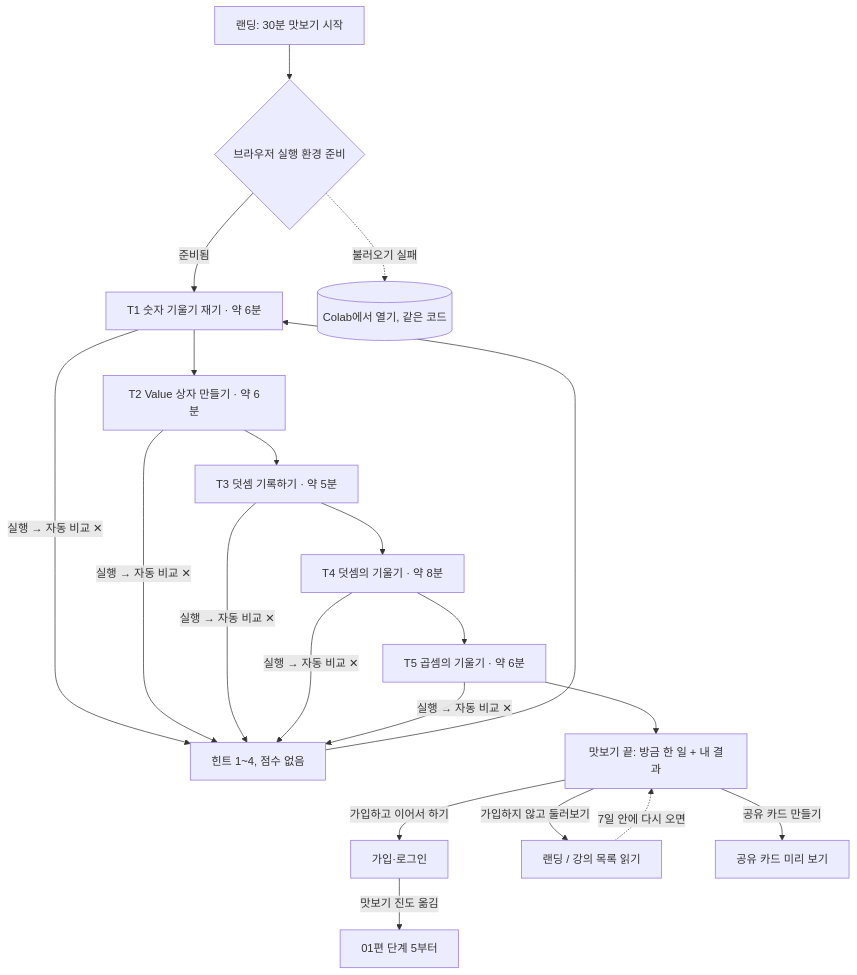
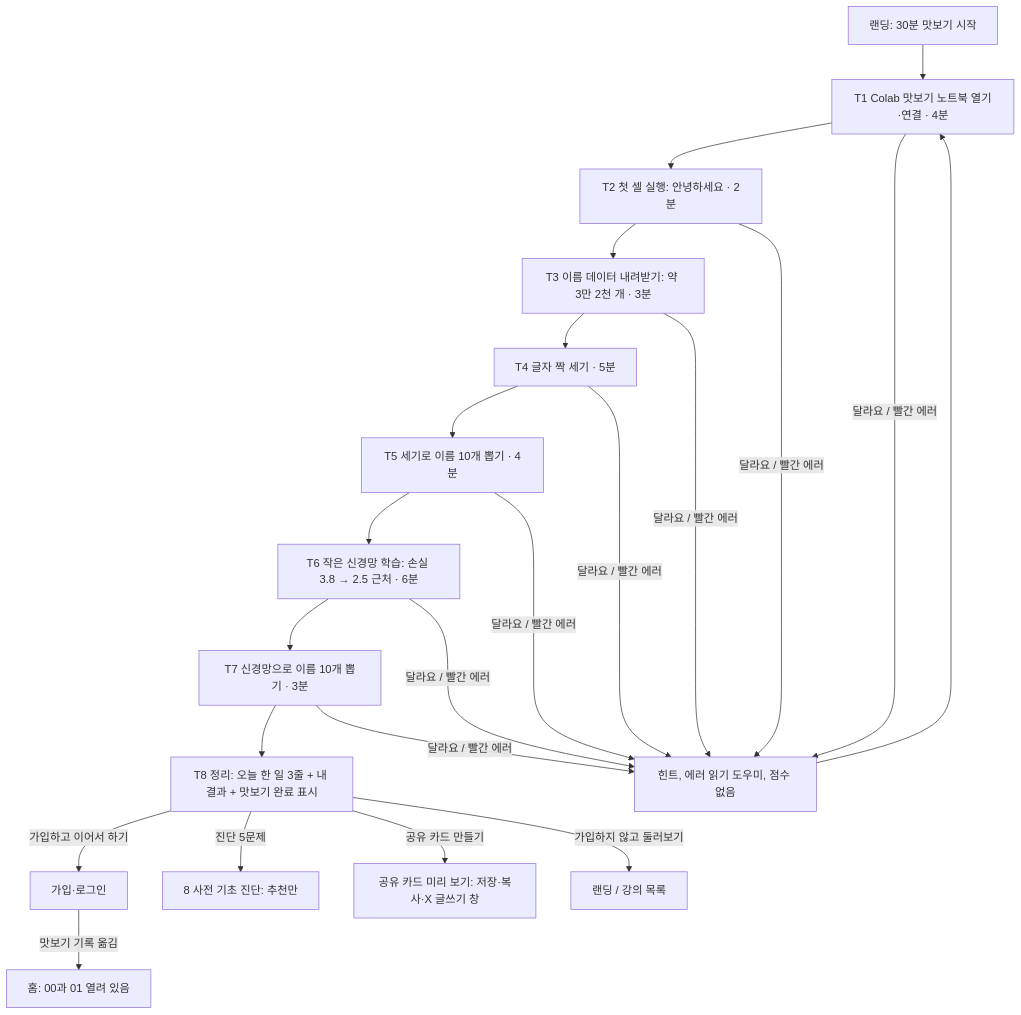
The second of 5 diagrams in inputs/design/flow.md (blazethrottle/z2h-ko), drawn with Mermaid before and after one commit. The commit also changed other lines of this file and 94 other files, not shown here.

````diff
--- a/inputs/design/flow.md
+++ b/inputs/design/flow.md
@@ -122,18 +126,18 @@
 ```mermaid
 flowchart TD
-    L[랜딩: 30분 맛보기 시작] --> RT{브라우저 실행 환경 준비}
-    RT -- 준비됨 --> T1[T1 숫자 기울기 재기 · 약 6분]
-    RT -. 불러오기 실패 .-> CO[(Colab에서 열기, 같은 코드)]
-    T1 --> T2[T2 Value 상자 만들기 · 약 6분]
-    T2 --> T3[T3 덧셈 기록하기 · 약 5분]
-    T3 --> T4[T4 덧셈의 기울기 · 약 8분]
-    T4 --> T5[T5 곱셈의 기울기 · 약 6분]
-    T1 & T2 & T3 & T4 & T5 -- 실행 → 자동 비교 ✕ --> HN[힌트 1~4, 점수 없음]
+    L[랜딩: 30분 맛보기 시작] --> T1[T1 Colab 맛보기 노트북 열기·연결 · 4분]
+    T1 --> T2[T2 첫 셀 실행: 안녕하세요 · 2분]
+    T2 --> T3[T3 이름 데이터 내려받기: 약 3만 2천 개 · 3분]
+    T3 --> T4[T4 글자 짝 세기 · 5분]
+    T4 --> T5[T5 세기로 이름 10개 뽑기 · 4분]
+    T5 --> T6[T6 작은 신경망 학습: 손실 3.8 → 2.5 근처 · 6분]
+    T6 --> T7[T7 신경망으로 이름 10개 뽑기 · 3분]
+    T7 --> T8[T8 정리: 오늘 한 일 3줄 + 내 결과 + 맛보기 완료 표시]
+    T1 & T2 & T3 & T4 & T5 & T6 & T7 -- 달라요 / 빨간 에러 --> HN[힌트, 에러 읽기 도우미, 점수 없음]
     HN --> T1
-    T5 --> DN[맛보기 끝: 방금 한 일 + 내 결과]
-    DN -- 가입하고 이어서 하기 --> AU[가입·로그인]
-    DN -- 가입하지 않고 둘러보기 --> LP[랜딩 / 강의 목록 읽기]
-    DN -- 공유 카드 만들기 --> SC[공유 카드 미리 보기]
-    AU -- 맛보기 진도 옮김 --> L01[01편 단계 5부터]
-    LP -. 7일 안에 다시 오면 .-> DN
+    T8 -- 가입하고 이어서 하기 --> AU[가입·로그인]
+    T8 -- 진단 5문제 --> DG[8 사전 기초 진단: 추천만]
+    T8 -- 공유 카드 만들기 --> SC[공유 카드 미리 보기: 저장·복사·X 글쓰기 창]
+    T8 -- 가입하지 않고 둘러보기 --> LP[랜딩 / 강의 목록]
+    AU -- 맛보기 기록 옮김 --> HM[홈: 00과 01 열려 있음]
 ```
````
